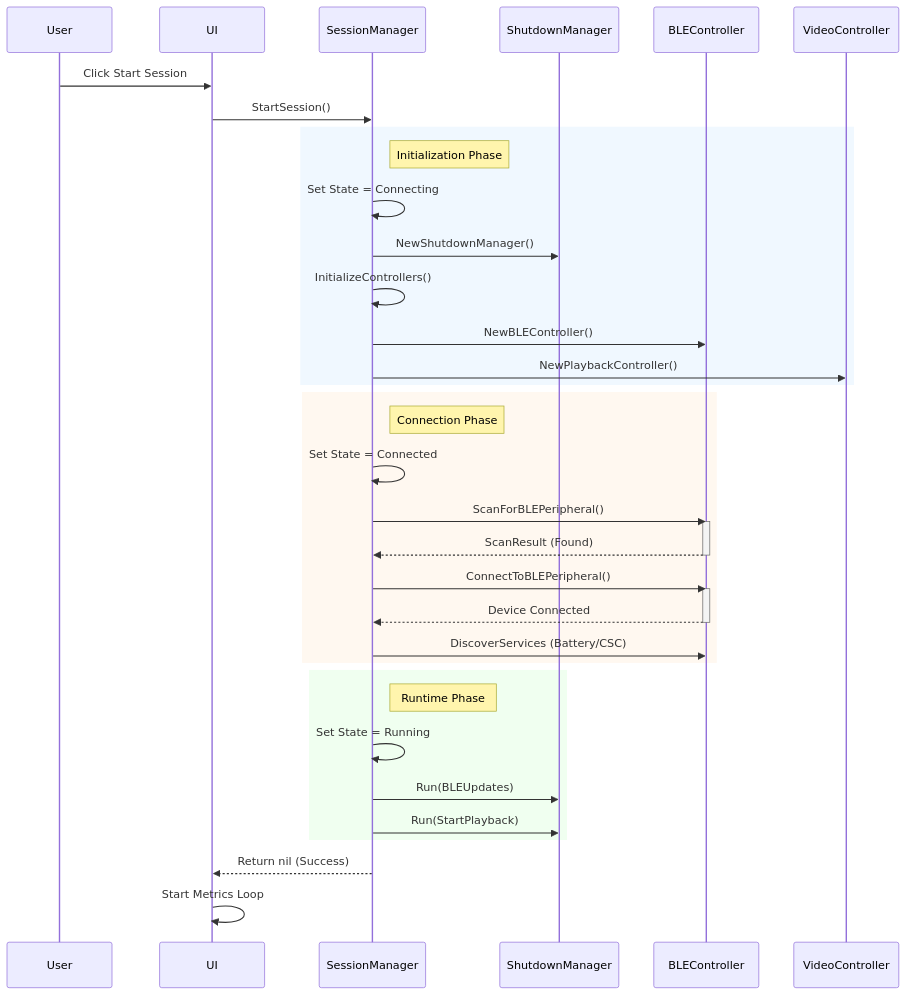
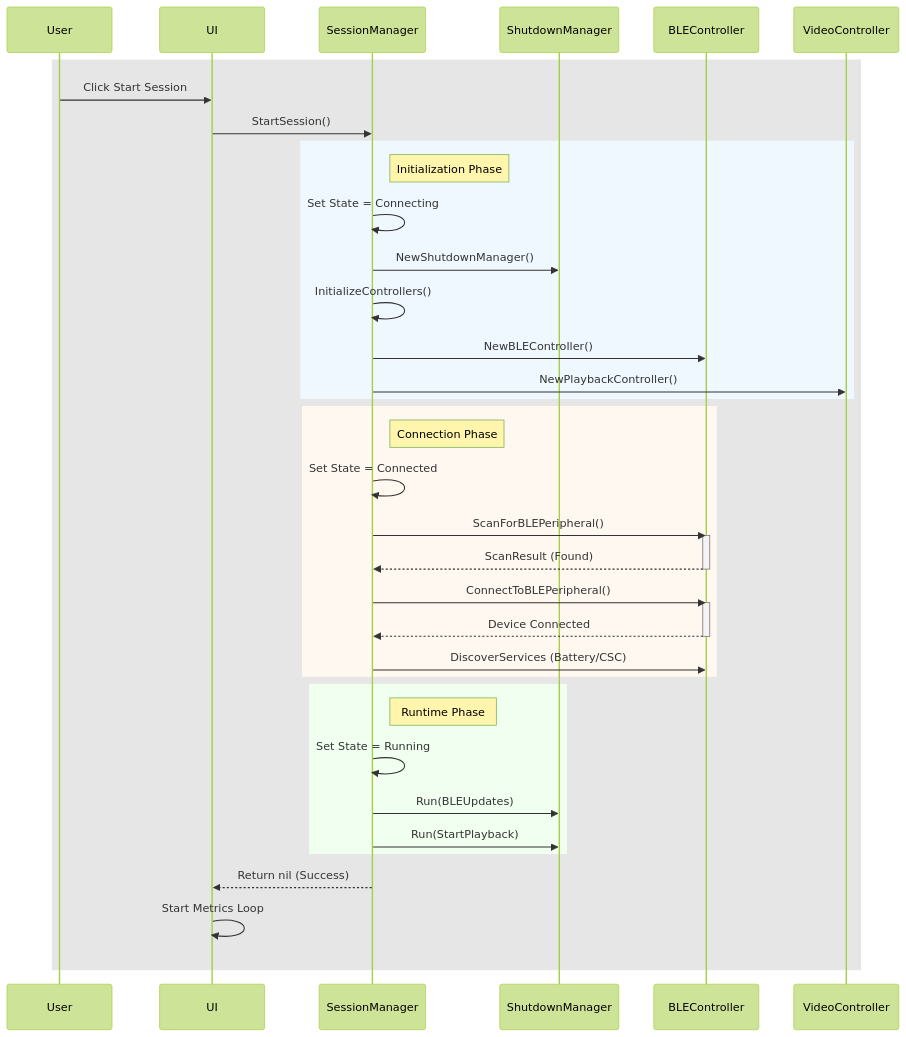
The diagram in wiki/Basic-Usage:-Overview.md (richbl/go-ble-sync-cycle), drawn with Mermaid before and after one commit.

Commit message:
docs(app): :memo: Fix to Mermaid sequence diagram (light/dark theme rendering issue)

````diff
--- a/wiki/Basic-Usage:-Overview.md
+++ b/wiki/Basic-Usage:-Overview.md
@@ -38,47 +38,53 @@
 ```mermaid
+---
+config:
+  theme: 'forest'
+---
 sequenceDiagram
+    rect rgb(230, 230, 230)
     participant User
     participant UI
     participant SM as SessionManager
     participant SD as ShutdownManager
     participant BLE as BLEController
     participant VID as VideoController
 
     User->>UI: Click Start Session
     UI->>SM: StartSession()
     
     rect rgb(240, 248, 255)
     note right of SM: Initialization Phase
     SM->>SM: Set State = Connecting
     SM->>SD: NewShutdownManager()
     SM->>SM: InitializeControllers()
     SM->>BLE: NewBLEController()
     SM->>VID: NewPlaybackController()
     end
 
     rect rgb(255, 248, 240)
     note right of SM: Connection Phase
     SM->>SM: Set State = Connected
     SM->>BLE: ScanForBLEPeripheral()
     activate BLE
     BLE-->>SM: ScanResult (Found)
     deactivate BLE
     
     SM->>BLE: ConnectToBLEPeripheral()
     activate BLE
     BLE-->>SM: Device Connected
     deactivate BLE
     
     SM->>BLE: DiscoverServices (Battery/CSC)
     end
 
     rect rgb(240, 255, 240)
     note right of SM: Runtime Phase
     SM->>SM: Set State = Running
     SM->>SD: Run(BLEUpdates)
     SM->>SD: Run(StartPlayback)
     end
     
     SM-->>UI: Return nil (Success)
     UI->>UI: Start Metrics Loop
+    end
 ```
````
